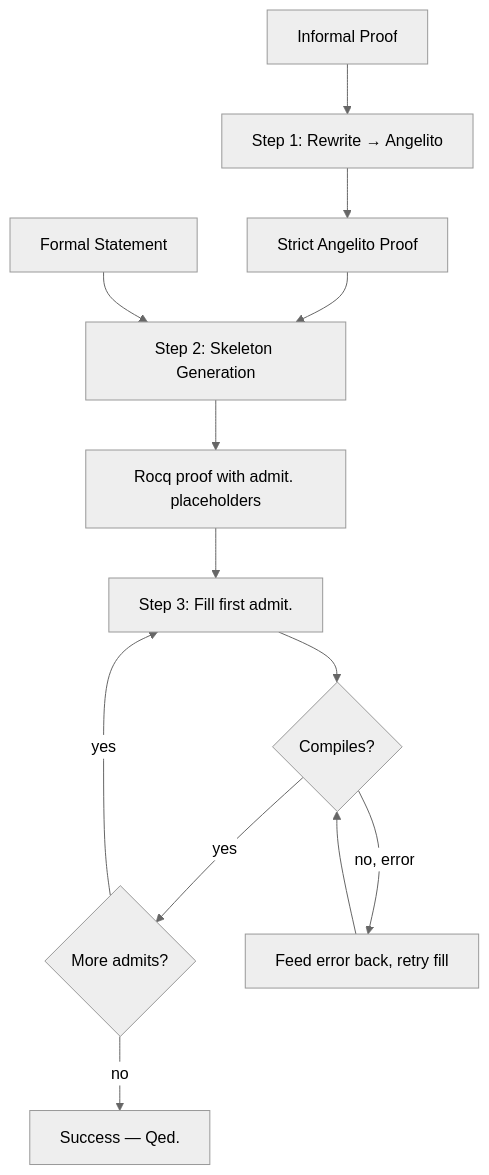
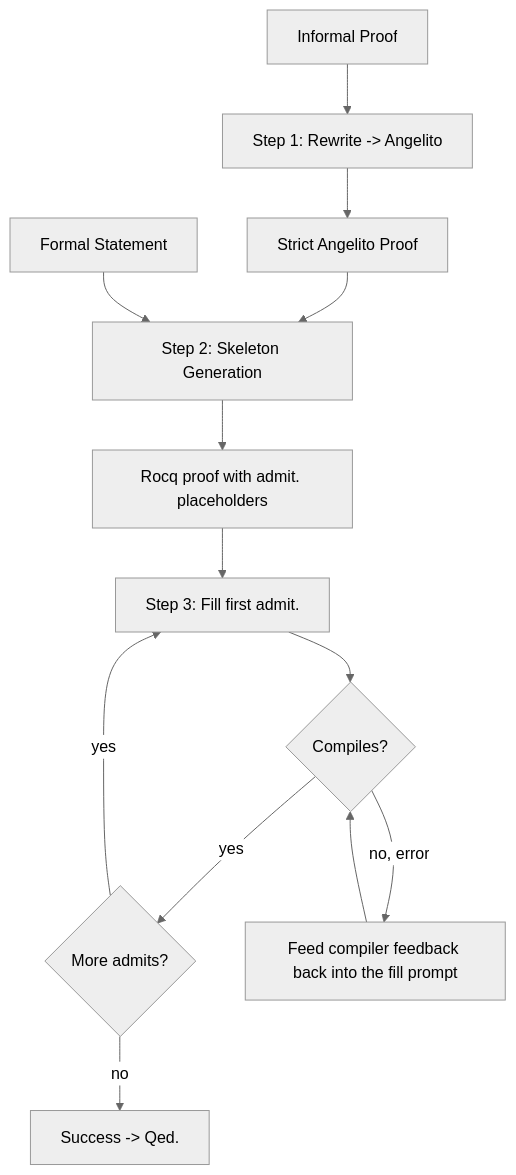
The diagram in docs/ARCHITECTURE.md (ClarkOhlenbusch/RocqCoSPOC), drawn with Mermaid (neutral theme) before and after one commit. The commit also changed other lines of this file and 75 other files, not shown here.

````diff
--- a/docs/ARCHITECTURE.md
+++ b/docs/ARCHITECTURE.md
@@ -7,15 +7,15 @@
 ```mermaid
 flowchart TD
-  Informal[Informal Proof] --> Rewrite[Step 1: Rewrite → Angelito]
+  Informal[Informal Proof] --> Rewrite[Step 1: Rewrite -> Angelito]
   Rewrite --> Angelito[Strict Angelito Proof]
   Angelito --> Skeleton[Step 2: Skeleton Generation]
   Statement[Formal Statement] --> Skeleton
   Skeleton --> RocqSkel[Rocq proof with admit. placeholders]
   RocqSkel --> Fill[Step 3: Fill first admit.]
   Fill --> Compile{Compiles?}
   Compile -->|yes| More{More admits?}
   More -->|yes| Fill
-  More -->|no| Done[Success — Qed.]
-  Compile -->|no, error| Retry[Feed error back, retry fill]
+  More -->|no| Done[Success -> Qed.]
+  Compile -->|no, error| Retry[Feed compiler feedback back into the fill prompt]
   Retry --> Compile
 ```
````
